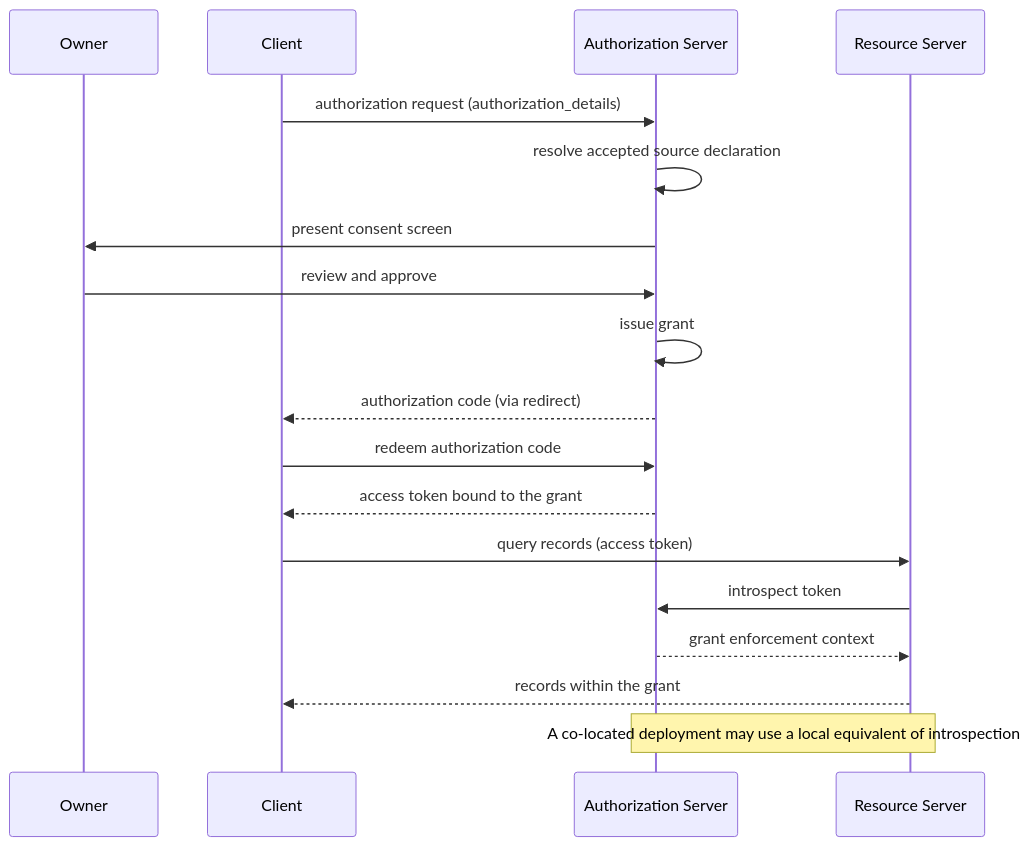
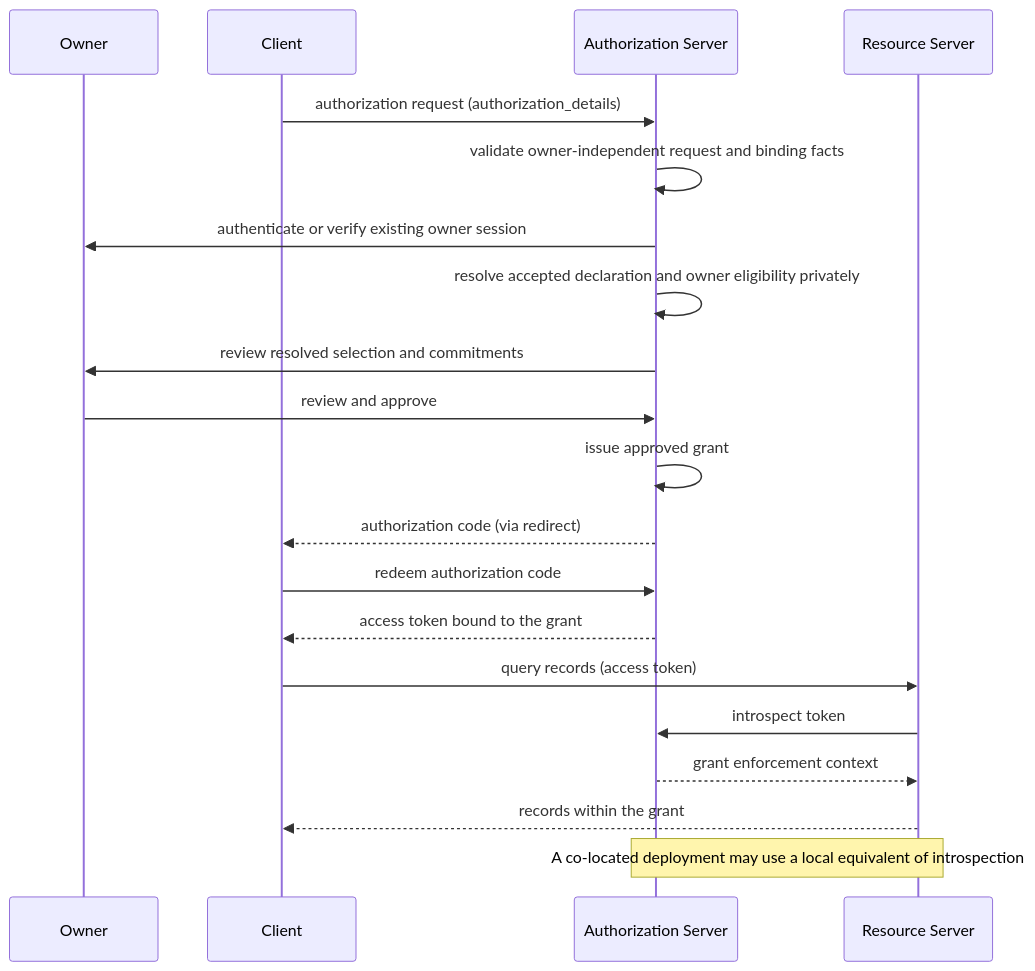
Before and after one commit to PDP-Connect/pdpp: the second of 4 diagrams in spec-core.md, drawn with Mermaid. The commit also changed other lines of this file, not shown here.

First line of the commit message:
spec(core): show required_fields and the privacy-ordered flow in the walkthrough

````diff
--- a/spec-core.md
+++ b/spec-core.md
@@ -157,21 +157,23 @@
 ```mermaid
 sequenceDiagram
     participant Owner
     participant Client
     participant AS as Authorization Server
     participant RS as Resource Server
 
     Client->>AS: authorization request (authorization_details)
-    AS->>AS: resolve accepted source declaration
-    AS->>Owner: present consent screen
+    AS->>AS: validate owner-independent request and binding facts
+    AS->>Owner: authenticate or verify existing owner session
+    AS->>AS: resolve accepted declaration and owner eligibility privately
+    AS->>Owner: review resolved selection and commitments
     Owner->>AS: review and approve
-    AS->>AS: issue grant
+    AS->>AS: issue approved grant
     AS-->>Client: authorization code (via redirect)
     Client->>AS: redeem authorization code
     AS-->>Client: access token bound to the grant
     Client->>RS: query records (access token)
     RS->>AS: introspect token
     AS-->>RS: grant enforcement context
     RS-->>Client: records within the grant
     Note over RS,AS: A co-located deployment may use a local equivalent of introspection
 ```
````
